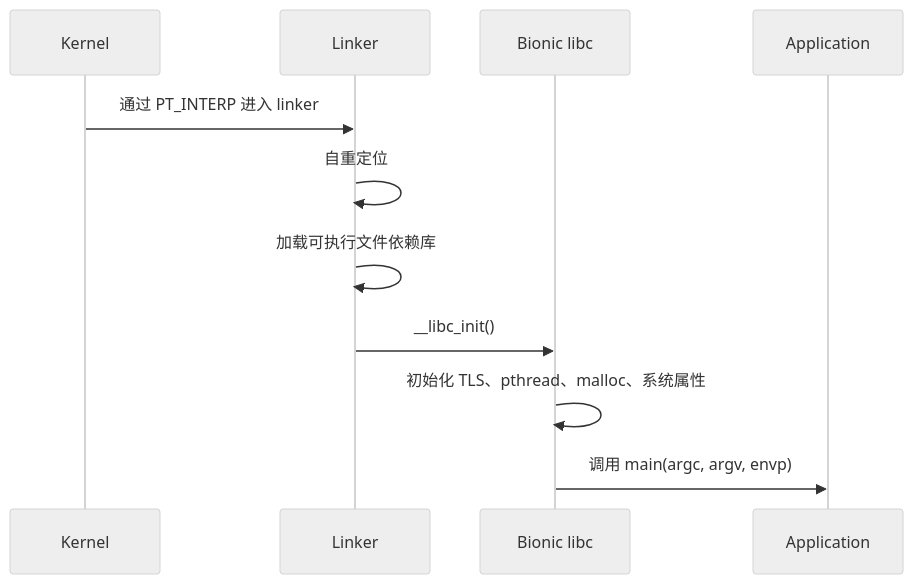
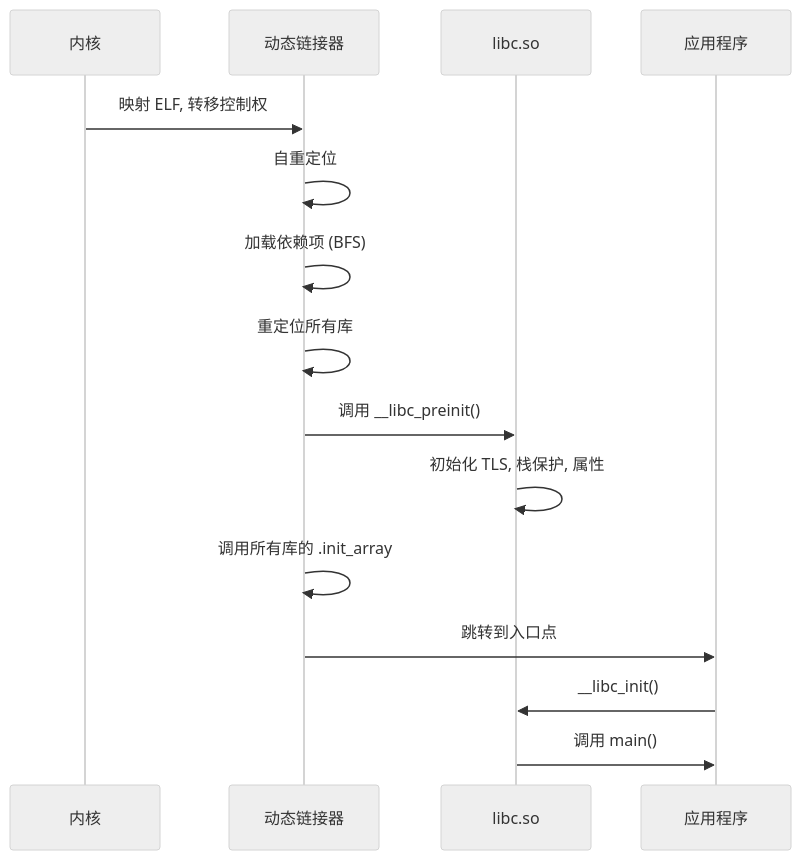
The first of 13 diagrams in 07-bionic-and-linker-zh.md (fwrite0920/aosp-internal-book), drawn with Mermaid (neutral theme) before and after one commit. The commit also changed other lines of this file and 63 other files, not shown here.

````diff
--- a/07-bionic-and-linker-zh.md
+++ b/07-bionic-and-linker-zh.md
@@ -104,14 +133,18 @@
 ```mermaid
 sequenceDiagram
-    participant K as Kernel
-    participant L as Linker
-    participant C as Bionic libc
-    participant A as Application
+    participant Kernel as 内核
+    participant Linker as 动态链接器
+    participant LibC as libc.so
+    participant App as 应用程序
 
-    K->>L: 通过 PT_INTERP 进入 linker
-    L->>L: 自重定位
-    L->>L: 加载可执行文件依赖库
-    L->>C: __libc_init()
-    C->>C: 初始化 TLS、pthread、malloc、系统属性
-    C->>A: 调用 main(argc, argv, envp)
+    Kernel->>Linker: 映射 ELF, 转移控制权
+    Linker->>Linker: 自重定位
+    Linker->>Linker: 加载依赖项 (BFS)
+    Linker->>Linker: 重定位所有库
+    Linker->>LibC: 调用 __libc_preinit()
+    LibC->>LibC: 初始化 TLS, 栈保护, 属性
+    Linker->>Linker: 调用所有库的 .init_array
+    Linker->>App: 跳转到入口点
+    App->>LibC: __libc_init()
+    LibC->>App: 调用 main()
 ```
````
